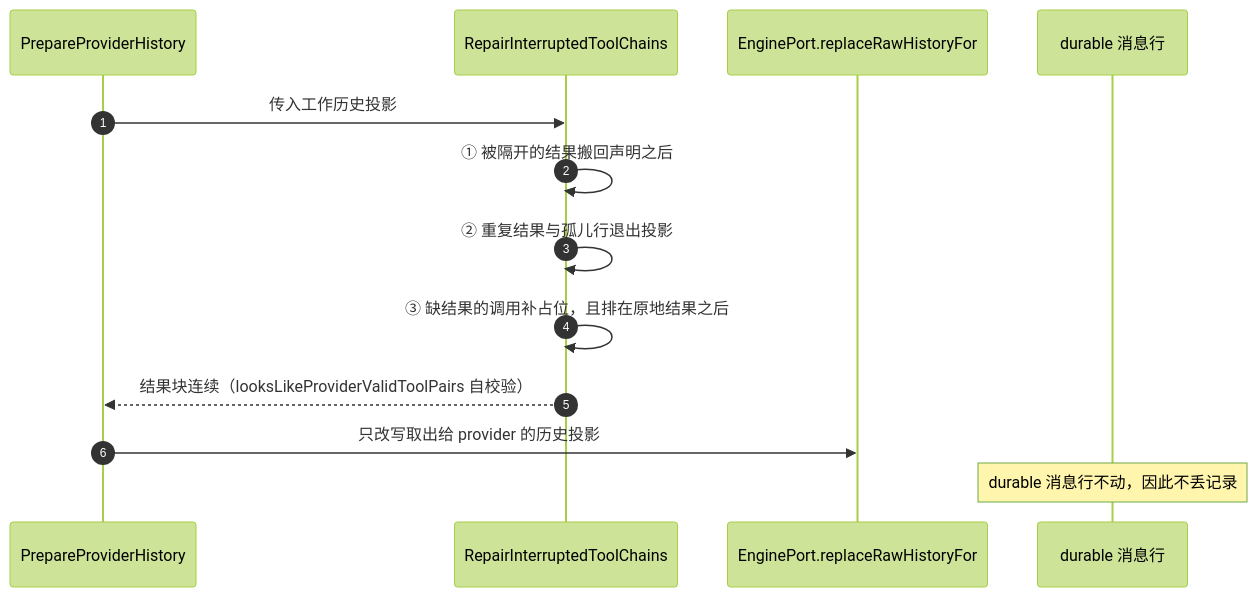
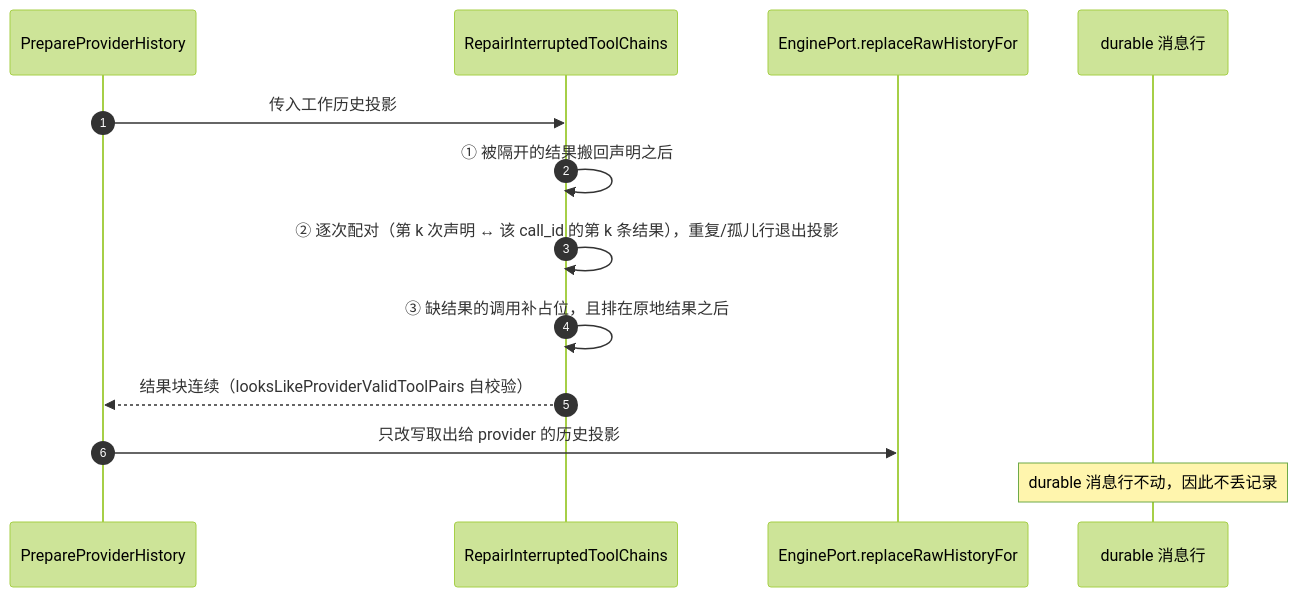
One commit to RedHuang-0622/seelex changed the second of 2 diagrams in application/core/context_runtime/README.md. Above: the diagram before and after it, drawn with Mermaid (forest theme). The commit also changed other lines of this file and 7 other files, not shown here.

````diff
--- a/application/core/context_runtime/README.md
+++ b/application/core/context_runtime/README.md
@@ -90,16 +90,16 @@
 ```mermaid
 sequenceDiagram
     autonumber
     participant P as PrepareProviderHistory
     participant R as RepairInterruptedToolChains
     participant E as EnginePort.replaceRawHistoryFor
     participant D as durable 消息行
 
     P->>R: 传入工作历史投影
     R->>R: ① 被隔开的结果搬回声明之后
-    R->>R: ② 重复结果与孤儿行退出投影
+    R->>R: ② 逐次配对（第 k 次声明 ↔ 该 call_id 的第 k 条结果），重复/孤儿行退出投影
     R->>R: ③ 缺结果的调用补占位，且排在原地结果之后
     R-->>P: 结果块连续（looksLikeProviderValidToolPairs 自校验）
     P->>E: 只改写取出给 provider 的历史投影
     Note over D: durable 消息行不动，因此不丢记录
 ```
````
